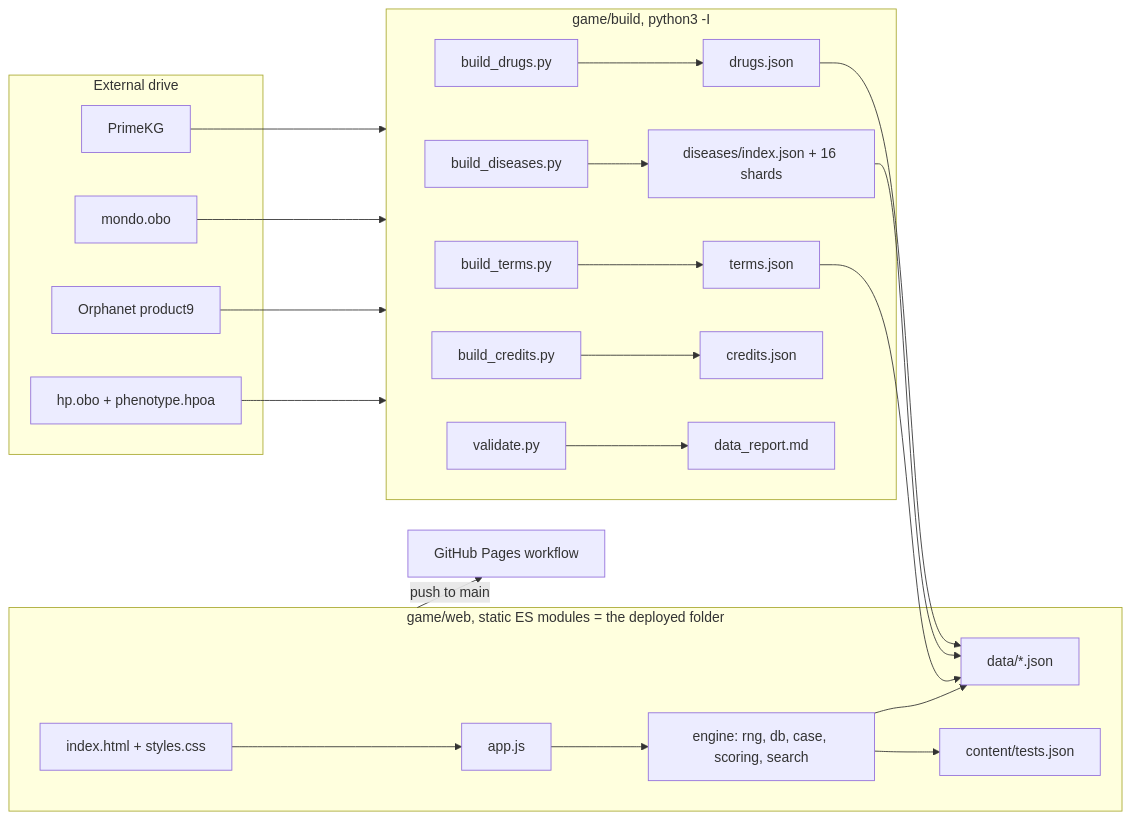
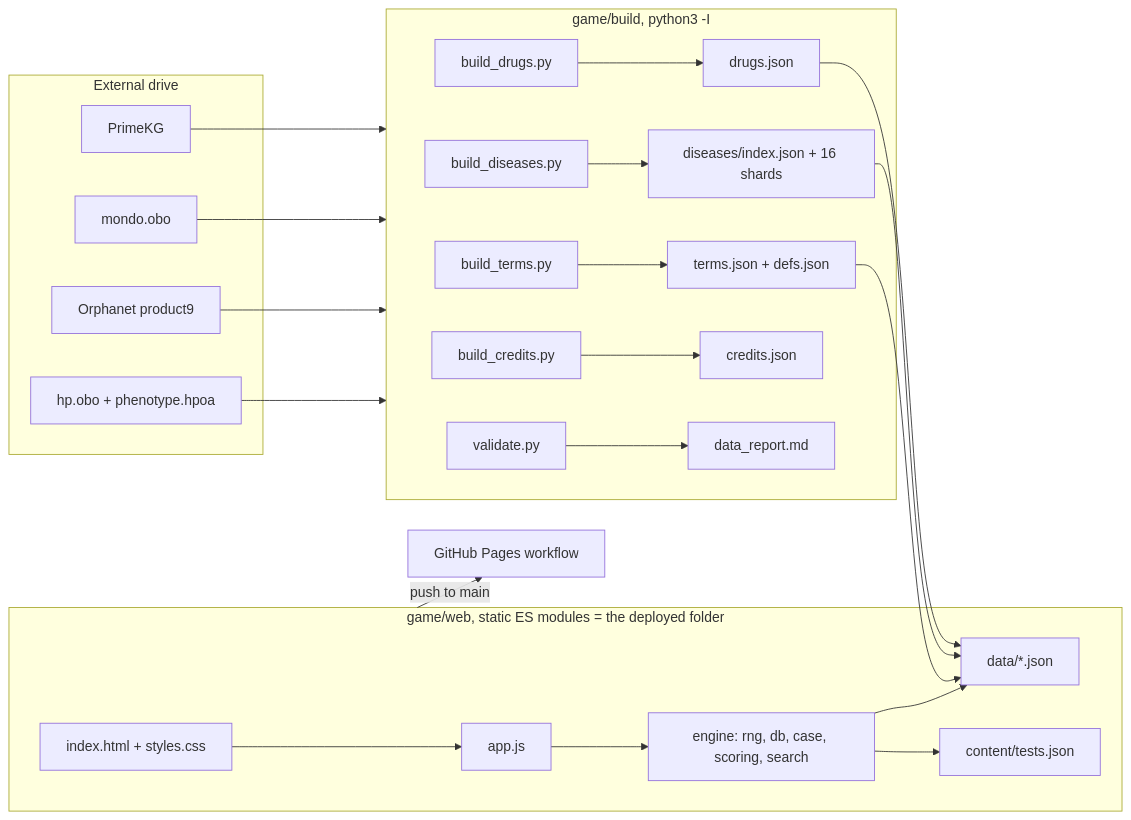
One commit to pcmoan70/DrDiagno changed the second of 2 diagrams in ARCHITECTURE.md. Above: the diagram before and after it, drawn with Mermaid. The commit also changed other lines of this file and 9 other files, not shown here.

````diff
--- a/ARCHITECTURE.md
+++ b/ARCHITECTURE.md
@@ -58,25 +58,25 @@
 ```mermaid
 flowchart LR
   subgraph drive[External drive]
     HPO[hp.obo + phenotype.hpoa]
     ORPHA[Orphanet product9]
     MONDO[mondo.obo]
     PKG[PrimeKG]
   end
   subgraph build[game/build, python3 -I]
-    BT[build_terms.py] --> TJ[terms.json]
+    BT[build_terms.py] --> TJ[terms.json + defs.json]
     BD[build_diseases.py] --> DJ[diseases/index.json + 16 shards]
     BR[build_drugs.py] --> RJ[drugs.json]
     BC[build_credits.py] --> CJ[credits.json]
     V[validate.py] --> REP[data_report.md]
   end
   subgraph web[game/web, static ES modules = the deployed folder]
     IDX[index.html + styles.css] --> APP[app.js]
     APP --> ENG[engine: rng, db, case, scoring, search]
     ENG --> DATA[data/*.json]
     ENG --> TESTS[content/tests.json]
   end
   HPO & ORPHA & MONDO & PKG --> build
   TJ & DJ & RJ --> DATA
   web -->|push to main| GH[GitHub Pages workflow]
 ```
````
